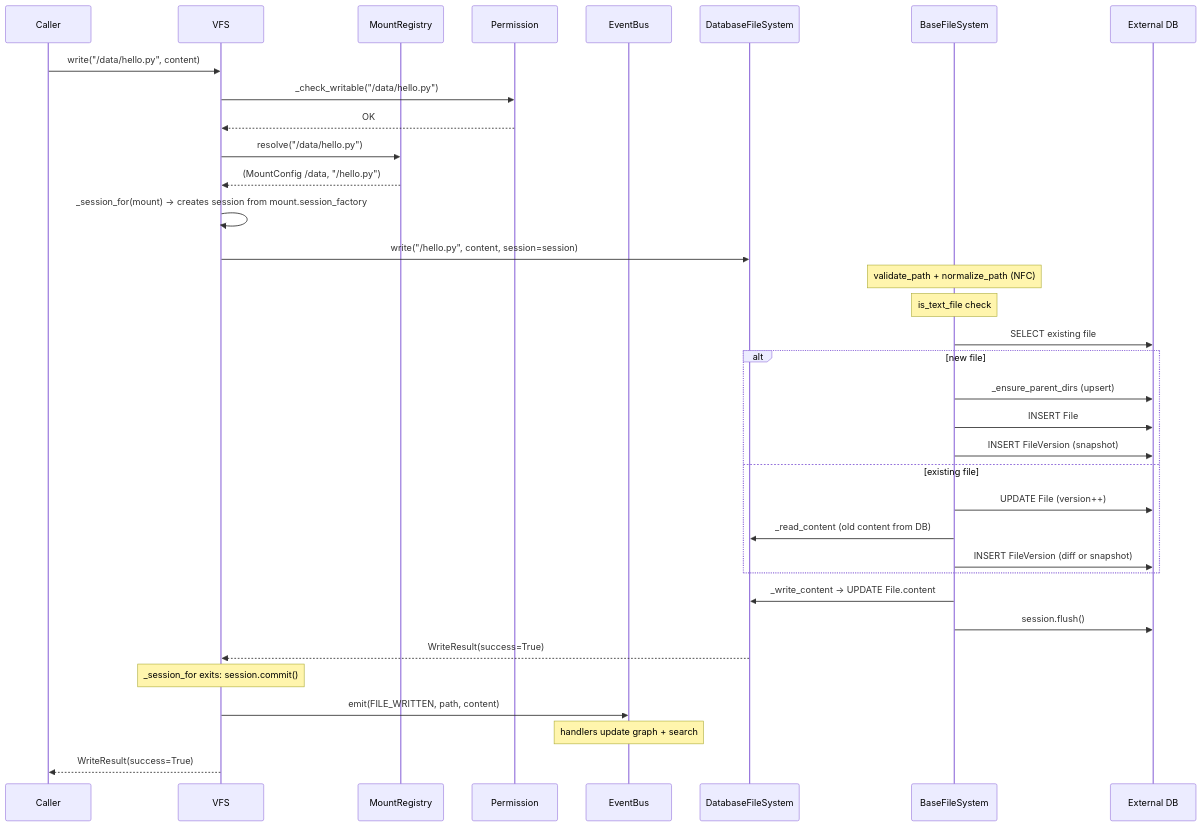
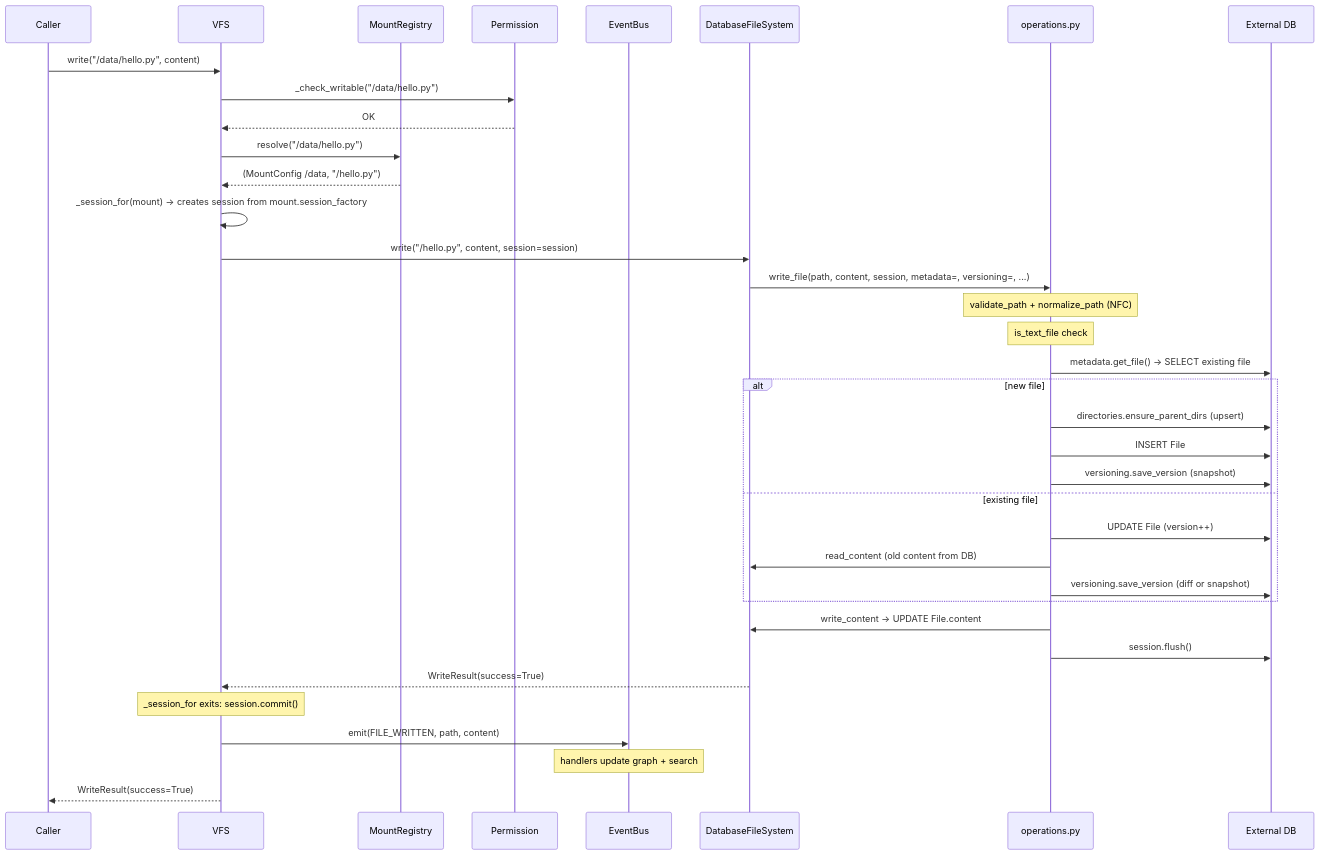
One commit to ClayGendron/grover changed the third of 9 diagrams in docs/fs_architecture.md. Above: the diagram before and after it, drawn with Mermaid. The commit also changed other lines of this file and 23 other files, not shown here.

First line of the commit message:
Replace BaseFileSystem ABC with composition + capability protocols

````diff
--- a/docs/fs_architecture.md
+++ b/docs/fs_architecture.md
@@ -162,47 +214,49 @@
 ```mermaid
 sequenceDiagram
     participant C as Caller
     participant UFS as VFS
     participant MR as MountRegistry
     participant P as Permission
     participant EB as EventBus
     participant DFS as DatabaseFileSystem
-    participant BFS as BaseFileSystem
+    participant Ops as operations.py
     participant DB as External DB
 
     C->>UFS: write("/data/hello.py", content)
     UFS->>P: _check_writable("/data/hello.py")
     P-->>UFS: OK
 
     UFS->>MR: resolve("/data/hello.py")
     MR-->>UFS: (MountConfig /data, "/hello.py")
 
     UFS->>UFS: _session_for(mount) → creates session from mount.session_factory
     UFS->>DFS: write("/hello.py", content, session=session)
 
-    Note over BFS: validate_path + normalize_path (NFC)
-    Note over BFS: is_text_file check
+    DFS->>Ops: write_file(path, content, session, metadata=, versioning=, ...)
 
-    BFS->>DB: SELECT existing file
+    Note over Ops: validate_path + normalize_path (NFC)
+    Note over Ops: is_text_file check
+
+    Ops->>DB: metadata.get_file() → SELECT existing file
     alt new file
-        BFS->>DB: _ensure_parent_dirs (upsert)
-        BFS->>DB: INSERT File
-        BFS->>DB: INSERT FileVersion (snapshot)
+        Ops->>DB: directories.ensure_parent_dirs (upsert)
+        Ops->>DB: INSERT File
+        Ops->>DB: versioning.save_version (snapshot)
     else existing file
-        BFS->>DB: UPDATE File (version++)
-        BFS->>DFS: _read_content (old content from DB)
-        BFS->>DB: INSERT FileVersion (diff or snapshot)
+        Ops->>DB: UPDATE File (version++)
+        Ops->>DFS: read_content (old content from DB)
+        Ops->>DB: versioning.save_version (diff or snapshot)
     end
 
-    BFS->>DFS: _write_content → UPDATE File.content
-    BFS->>DB: session.flush()
+    Ops->>DFS: write_content → UPDATE File.content
+    Ops->>DB: session.flush()
 
     DFS-->>UFS: WriteResult(success=True)
 
     Note over UFS: _session_for exits: session.commit()
 
     UFS->>EB: emit(FILE_WRITTEN, path, content)
     Note over EB: handlers update graph + search
 
     UFS-->>C: WriteResult(success=True)
 ```
````
